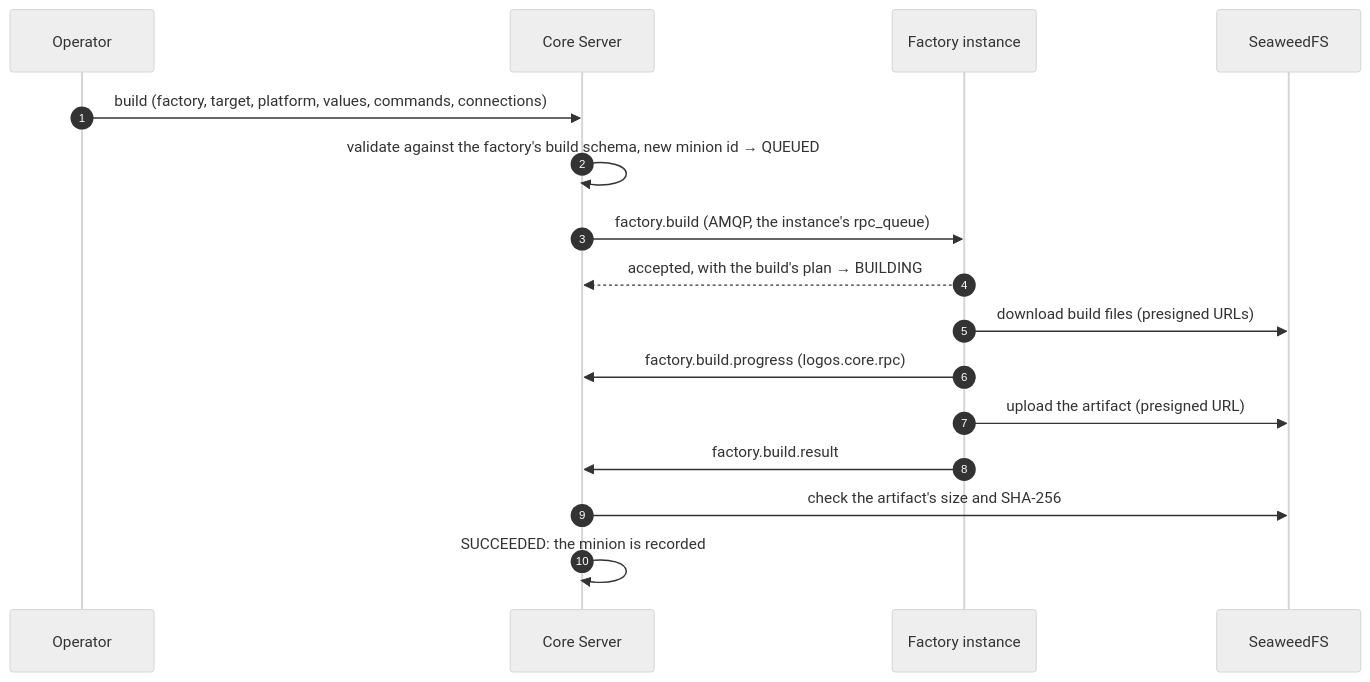
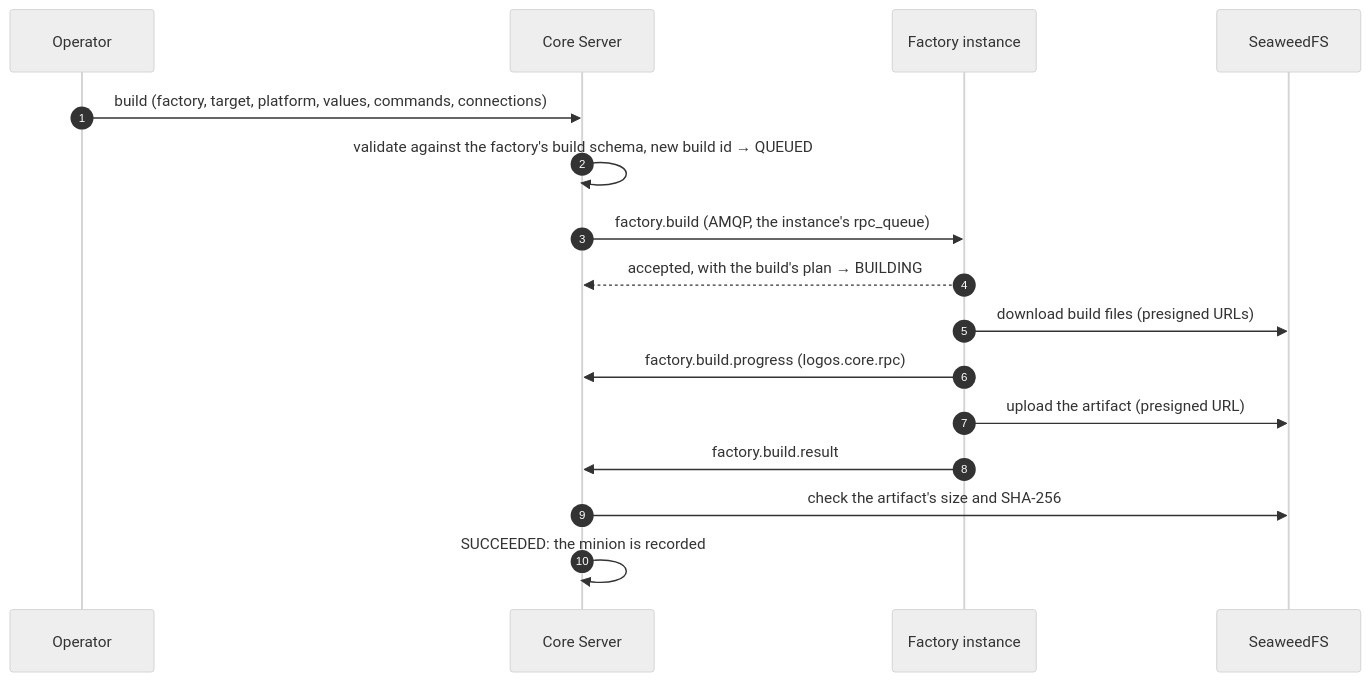
Before and after one commit to LogosCore/logos-docs: the first of 3 diagrams in src/content/docs/message-flow-full.md, drawn with Mermaid (neutral theme). The commit also changed other lines of this file and 10 other files, not shown here.

First line of the commit message:
Rename minion id to build id: build_id, Logos-Build-Id

````diff
--- a/src/content/docs/message-flow-full.md
+++ b/src/content/docs/message-flow-full.md
@@ -13,19 +13,19 @@
 ```mermaid
 sequenceDiagram
     autonumber
     participant OP as Operator
     participant CS as Core Server
     participant IP as Factory instance
     participant S3 as SeaweedFS
 
     OP->>CS: build (factory, target, platform, values, commands, connections)
-    CS->>CS: validate against the factory's build schema, new minion id → QUEUED
+    CS->>CS: validate against the factory's build schema, new build id → QUEUED
     CS->>IP: factory.build (AMQP, the instance's rpc_queue)
     IP-->>CS: accepted, with the build's plan → BUILDING
     IP->>S3: download build files (presigned URLs)
     IP->>CS: factory.build.progress (logos.core.rpc)
     IP->>S3: upload the artifact (presigned URL)
     IP->>CS: factory.build.result
     CS->>S3: check the artifact's size and SHA-256
     CS->>CS: SUCCEEDED: the minion is recorded
 ```
````
